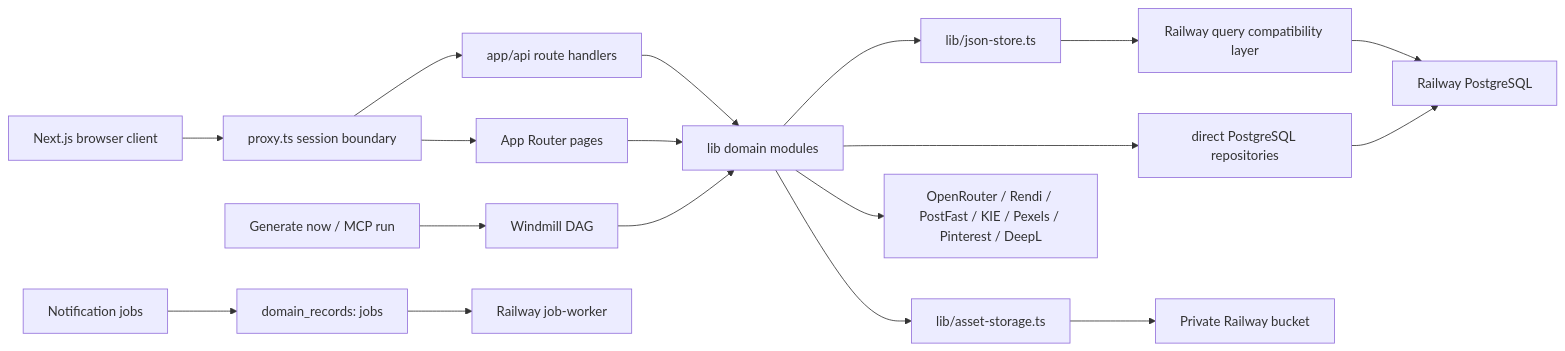
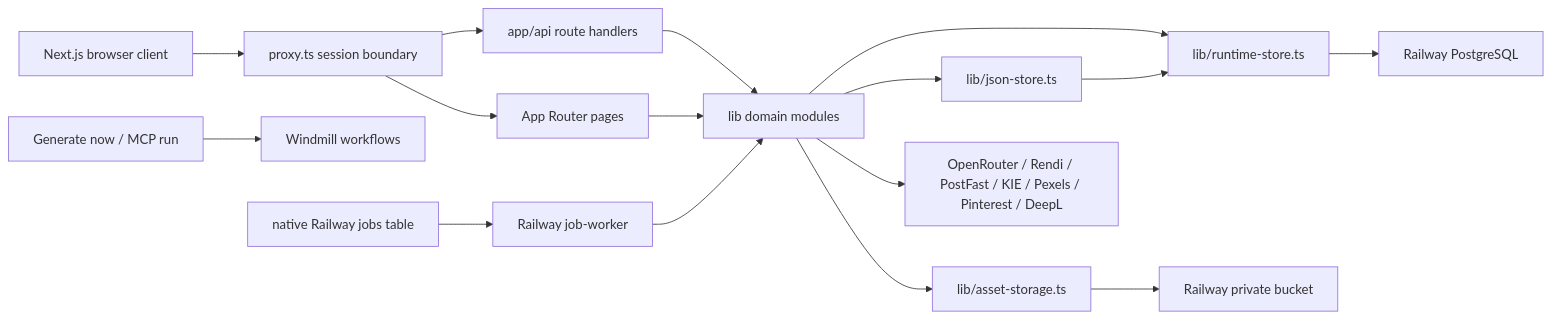
The first of 2 diagrams in docs/data/backend-architecture.md (xk1234/cfarm), drawn with Mermaid before and after one commit. The commit also changed other lines of this file and 226 other files, not shown here.

````diff
--- a/docs/data/backend-architecture.md
+++ b/docs/data/backend-architecture.md
@@ -17,23 +16,21 @@
 ```mermaid
 flowchart LR
     Browser["Next.js browser client"] --> Proxy["proxy.ts session boundary"]
     Proxy --> Pages["App Router pages"]
     Proxy --> Routes["app/api route handlers"]
 
     Routes --> Domain["lib domain modules"]
     Pages --> Domain
-    ManualRun["Generate now / MCP run"] --> Windmill["Windmill DAG"]
-    Windmill --> Domain
-    Notifications["Notification jobs"] --> Jobs["domain_records: jobs"]
-    Jobs --> Worker["Railway job-worker"]
+    ManualRun["Generate now / MCP run"] --> Windmill["Windmill workflows"]
+    Jobs["native Railway jobs table"] --> Worker["Railway job-worker"]
+    Worker --> Domain
 
     Domain --> JsonStore["lib/json-store.ts"]
-    Domain --> DirectStores["direct PostgreSQL repositories"]
-    JsonStore --> Compat["Railway query compatibility layer"]
-    Compat --> Tables["Railway PostgreSQL"]
-    DirectStores --> Tables
+    Domain --> RuntimeStore["lib/runtime-store.ts"]
+    JsonStore --> RuntimeStore
+    RuntimeStore --> Tables["Railway PostgreSQL"]
     Domain --> Assets["lib/asset-storage.ts"]
-    Assets --> Storage["Private Railway bucket"]
+    Assets --> Storage["Railway private bucket"]
 
     Domain --> Providers["OpenRouter / Rendi / PostFast / KIE / Pexels / Pinterest / DeepL"]
 ```
````
